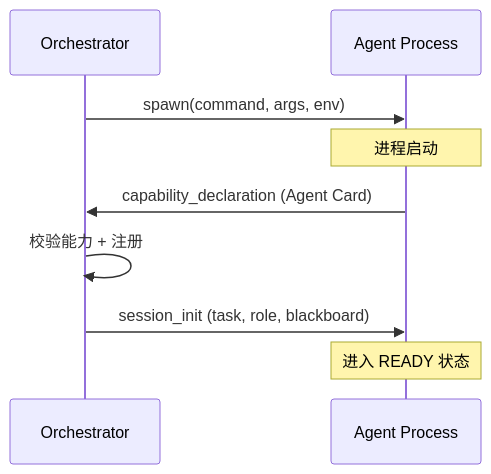
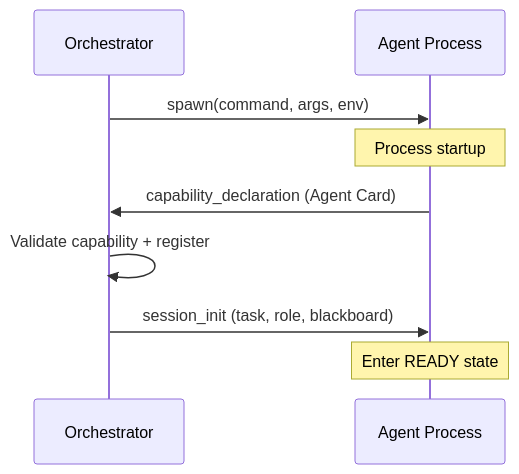
One commit to open-vera/OpenVera changed the second of 5 diagrams in docs/harness/mvp.md. Above: the diagram before and after it, drawn with Mermaid. The commit also changed other lines of this file and 21 other files, not shown here.

````diff
--- a/docs/harness/mvp.md
+++ b/docs/harness/mvp.md
@@ -2362,12 +2365,12 @@
 ```mermaid
 sequenceDiagram
     participant O as Orchestrator
     participant A as Agent Process
 
     O->>A: spawn(command, args, env)
-    Note over A: 进程启动
+    Note over A: Process startup
     A->>O: capability_declaration (Agent Card)
-    O->>O: 校验能力 + 注册
+    O->>O: Validate capability + register
     O->>A: session_init (task, role, blackboard)
-    Note over A: 进入 READY 状态
+    Note over A: Enter READY state
 ```
````
